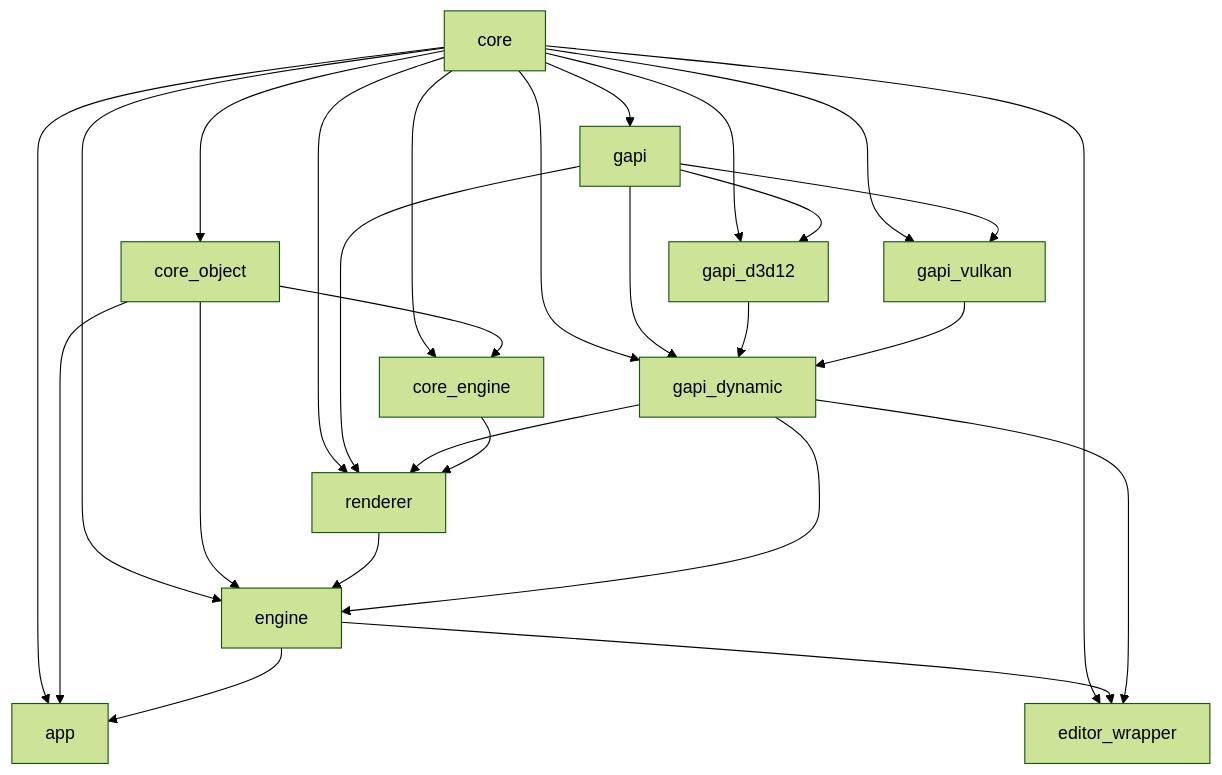
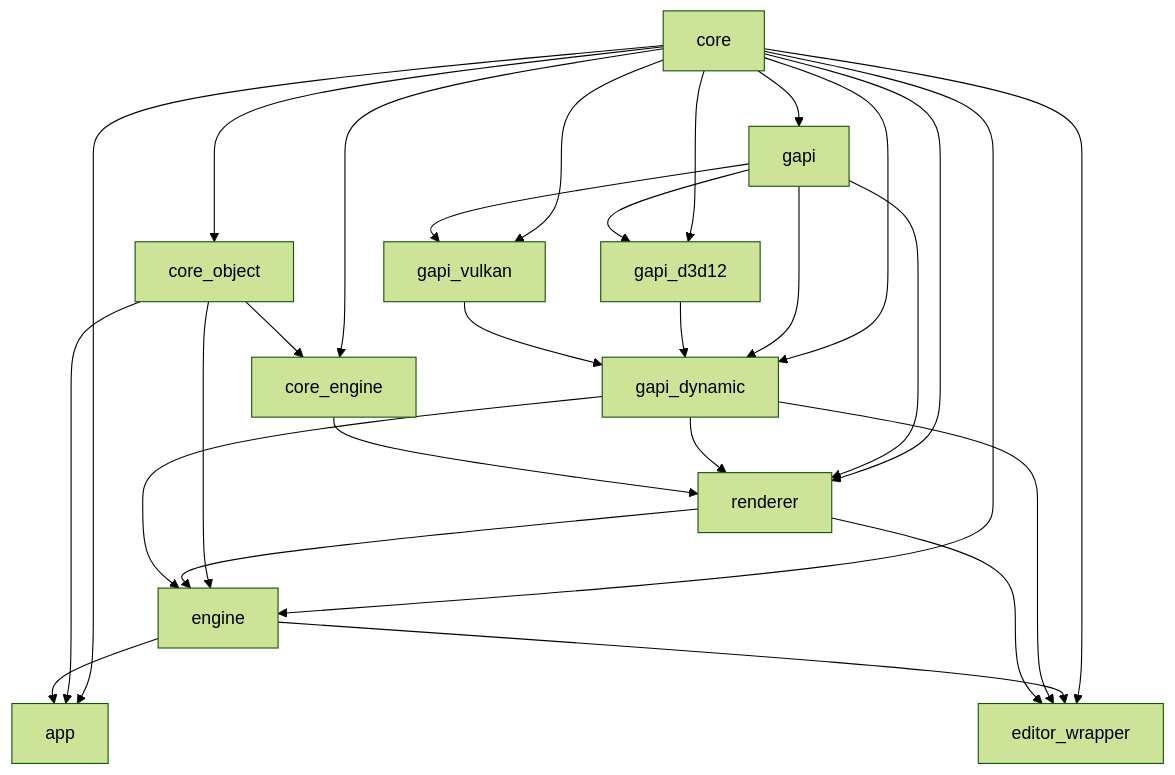
One commit to hellokenlee/NeneEngine2 changed the diagram in README.md. Above: the diagram before and after it, drawn with Mermaid (forest theme). The commit also changed 2 other files, not shown here.

Commit message:
Update project dependencies;

````diff
--- a/README.md
+++ b/README.md
@@ -92,29 +92,30 @@
 ```mermaid
 graph TD
   core --> app
   core_object --> app
   engine --> app
   core --> core_engine
   core_object --> core_engine
   core --> core_object
   core --> editor_wrapper
   engine --> editor_wrapper
   gapi_dynamic --> editor_wrapper
+  renderer --> editor_wrapper
   core --> engine
   core_object --> engine
   renderer --> engine
   gapi_dynamic --> engine
   core --> gapi
   core --> gapi_d3d12
   gapi --> gapi_d3d12
   core --> gapi_dynamic
   gapi --> gapi_dynamic
   gapi_d3d12 --> gapi_dynamic
   gapi_vulkan --> gapi_dynamic
   core --> gapi_vulkan
   gapi --> gapi_vulkan
   core --> renderer
   gapi --> renderer
   gapi_dynamic --> renderer
   core_engine --> renderer
 ```
````
